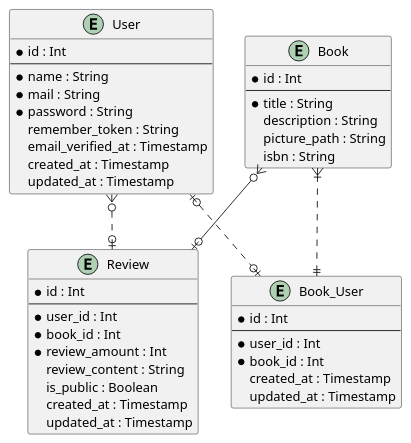
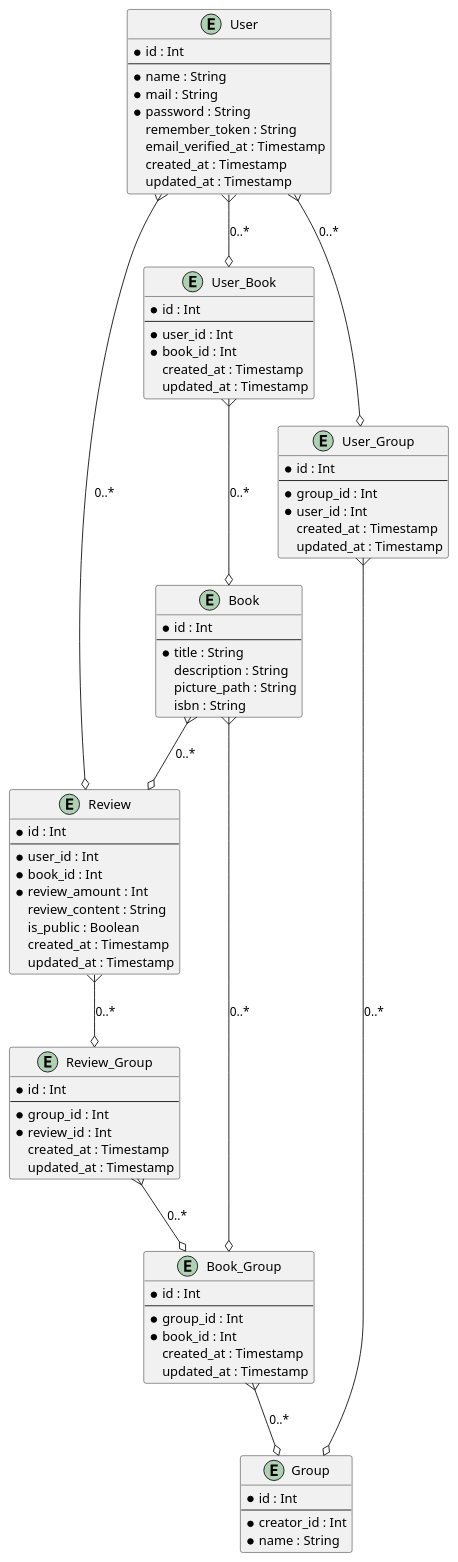
Before and after one commit to TropicalBottle/book-manager: the diagram in uml/database.wsd, drawn with PlantUML.

Commit message:
[feat](uml): Groups functionality

```diff
--- a/uml/database.wsd
+++ b/uml/database.wsd
@@ -1,50 +1,93 @@
 @startuml database diagram
 
     entity "User" {
         * id : Int
         --
         * name : String
         * mail : String
         * password : String
         remember_token : String
         email_verified_at : Timestamp
         created_at : Timestamp
         updated_at : Timestamp
+    }
+
+    entity "Group" {
+        * id : Int
+        --
+        * creator_id : Int
+        * name : String
     }
 
     entity "Book" {
         * id : Int
         --
         * title : String
         description : String
         picture_path : String
         isbn : String
     }
 
     entity "Review" {
         * id : Int
         --
         * user_id : Int
         * book_id : Int
         * review_amount : Int
         review_content : String
         is_public : Boolean
         created_at : Timestamp
         updated_at : Timestamp
     }
 
-    entity "Book_User" {
+    entity "User_Book" {
         * id : Int
         --
         * user_id : Int
         * book_id : Int
         created_at : Timestamp
         updated_at : Timestamp
     }
 
-    "User" |o..o| "Book_User"
-    "Book" }|..|| "Book_User"
-    "User" }o..o| "Review"
-    "Book" }o--o| "Review"
+    entity "Book_Group" {
+        * id : Int
+        --
+        * group_id : Int
+        * book_id : Int
+        created_at : Timestamp
+        updated_at : Timestamp
+    }
+
+    entity "User_Group" {
+        * id : Int
+        --
+        * group_id : Int
+        * user_id : Int
+        created_at : Timestamp
+        updated_at : Timestamp
+    }
+
+    entity "Review_Group" {
+        * id : Int
+        --
+        * group_id : Int
+        * review_id : Int
+        created_at : Timestamp
+        updated_at : Timestamp
+    }
+
+    "User" }--o "User_Book" : 0..*
+    "User_Book" }--o "Book" : 0..*
+    "Book" }--o "Review" : 0..*
+    "User" }--o "Review" : 0..*
+
+    "User" }--o "User_Group" : 0..*
+    "User_Group" }--o "Group" : 0..*
+
+    "Book" }--o "Book_Group" : 0..*
+    "Book_Group" }--o "Group" : 0..*
+
+    "Review" }--o "Review_Group" : 0..*
+    "Review_Group" }--o "Book_Group" : 0..*
 
 @enduml
```
